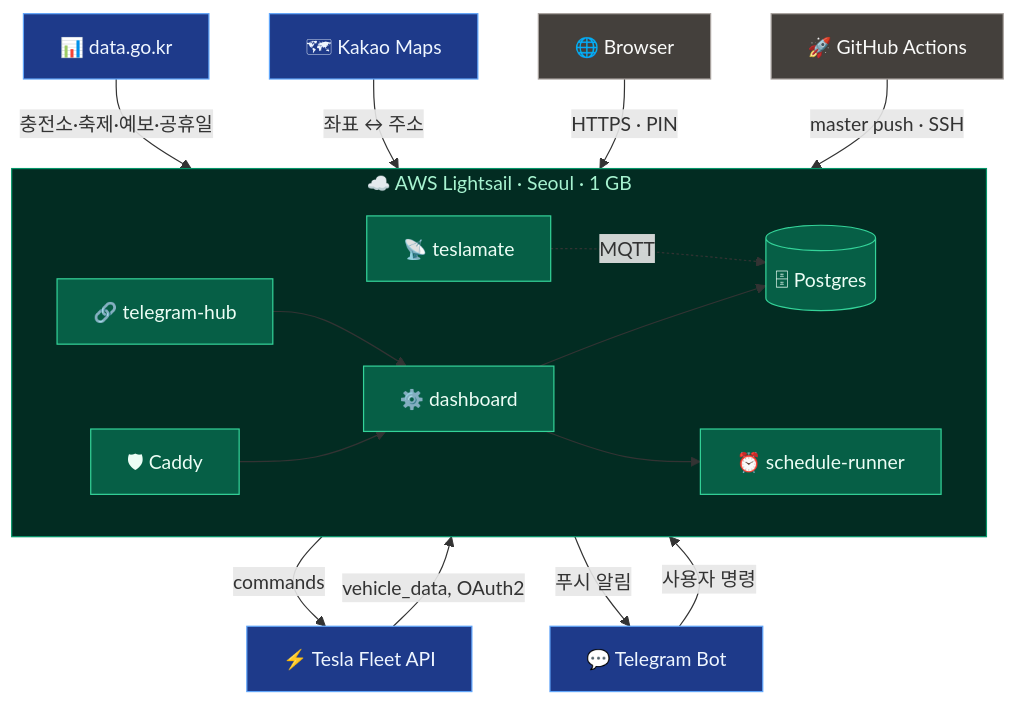
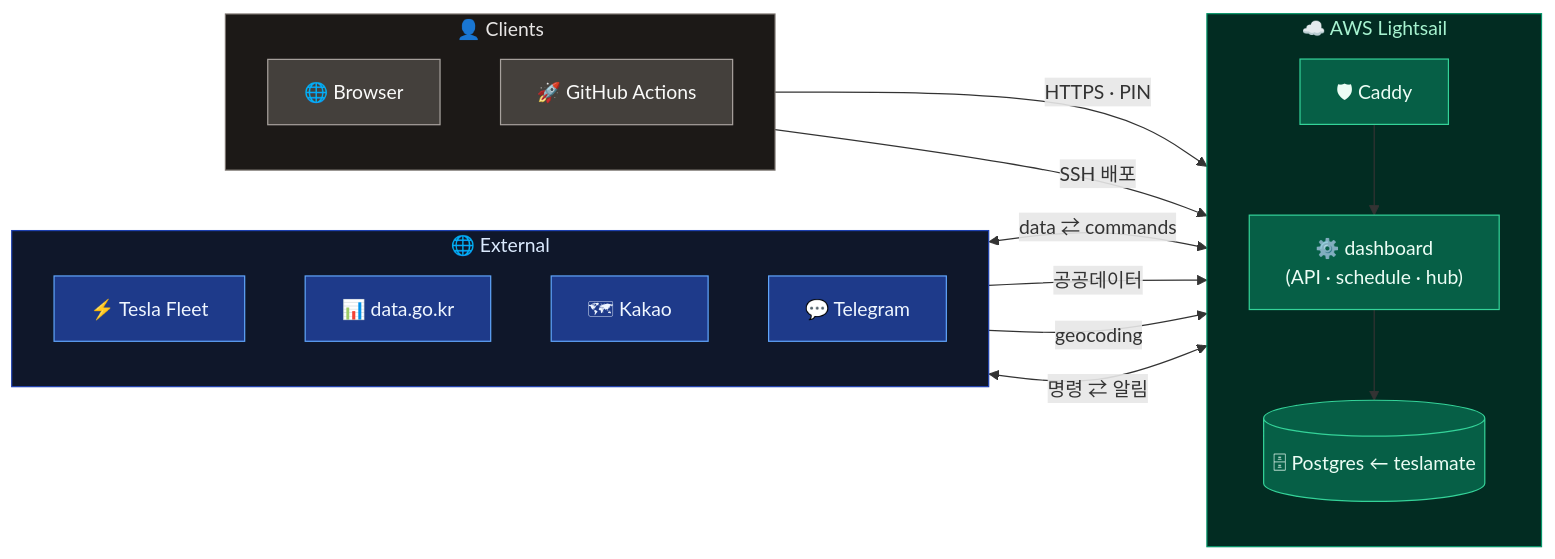
One commit to ComMslee/myDash changed the diagram in README.md. Above: the diagram before and after it, drawn with Mermaid.

Commit message:
docs(readme): 아키텍처 다이어그램 3컬럼 LR 압축
- External(4) / Lightsail(3) / Clients(2) 3 컬럼 LR 레이아웃
- 내부 워커(scheduler/hub/teslamate)는 dashboard 노드 라벨에 통합 → 노드 수 절반
- 양방향(Tesla, Telegram)은 ⇄ 하나로 표시

````diff
--- a/README.md
+++ b/README.md
@@ -18,42 +18,41 @@
 ```mermaid
-flowchart TD
-    Tesla["⚡ Tesla Fleet API"]
-    Gov["📊 data.go.kr"]
-    Kakao["🗺 Kakao Maps"]
-    TG["💬 Telegram Bot"]
-
-    subgraph LS["☁️ AWS Lightsail · Seoul · 1 GB"]
-        direction LR
-        Caddy["🛡 Caddy"]
-        Dashboard["⚙️ dashboard"]
-        Hub["🔗 telegram-hub"]
-        Scheduler["⏰ schedule-runner"]
-        TM["📡 teslamate"]
-        DB[("🗄 Postgres")]
-        Caddy --> Dashboard
-        Dashboard --> DB
-        Dashboard --> Scheduler
-        Hub --> Dashboard
-        TM -. MQTT .-> DB
+flowchart LR
+    subgraph EXT["🌐 External"]
+        direction TB
+        Tesla["⚡ Tesla Fleet"]
+        Gov["📊 data.go.kr"]
+        Kakao["🗺 Kakao"]
+        TG["💬 Telegram"]
     end
 
-    Browser["🌐 Browser"]
-    GHA["🚀 GitHub Actions"]
+    subgraph LS["☁️ AWS Lightsail"]
+        direction TB
+        Caddy["🛡 Caddy"]
+        Dashboard["⚙️ dashboard<br/>(API · schedule · hub)"]
+        DB[("🗄 Postgres ← teslamate")]
+        Caddy --> Dashboard --> DB
+    end
 
-    Tesla -- "vehicle_data, OAuth2" --> Dashboard
-    Scheduler -- "commands" --> Tesla
-    Gov -- "충전소·축제·예보·공휴일" --> Dashboard
-    Kakao -- "좌표 ↔ 주소" --> Dashboard
-    TG -- "사용자 명령" --> Hub
-    Hub -- "푸시 알림" --> TG
-    Browser -- "HTTPS · PIN" --> Caddy
-    GHA -- "master push · SSH" --> Caddy
+    subgraph CLI["👤 Clients"]
+        direction TB
+        Browser["🌐 Browser"]
+        GHA["🚀 GitHub Actions"]
+    end
+
+    Tesla <-->|"data ⇄ commands"| Dashboard
+    Gov -->|"공공데이터"| Dashboard
+    Kakao -->|"geocoding"| Dashboard
+    TG <-->|"명령 ⇄ 알림"| Dashboard
+    Browser -->|"HTTPS · PIN"| Caddy
+    GHA -->|"SSH 배포"| Caddy
 
     classDef ext fill:#1e3a8a,stroke:#60a5fa,color:#eff6ff
     classDef ls fill:#065f46,stroke:#34d399,color:#ecfdf5
     classDef cli fill:#44403c,stroke:#a8a29e,color:#fafaf9
     class Tesla,Gov,Kakao,TG ext
-    class Caddy,Dashboard,Hub,Scheduler,TM,DB ls
+    class Caddy,Dashboard,DB ls
     class Browser,GHA cli
+    style EXT fill:#0f172a,stroke:#1e40af,color:#dbeafe
     style LS fill:#022c22,stroke:#059669,color:#a7f3d0
+    style CLI fill:#1c1917,stroke:#78716c,color:#e7e5e4
 ```
````
